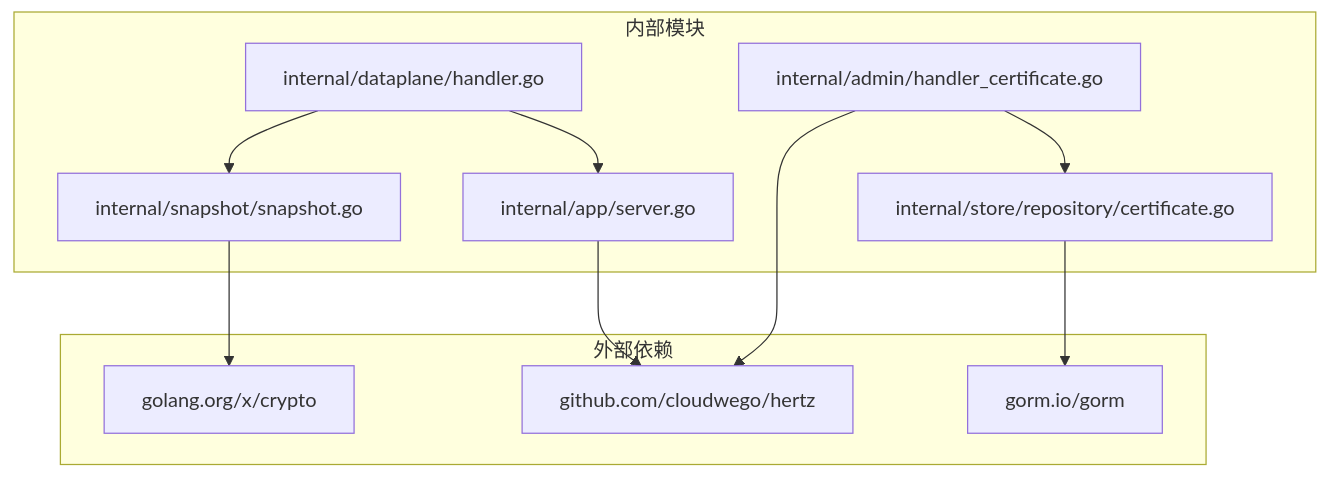
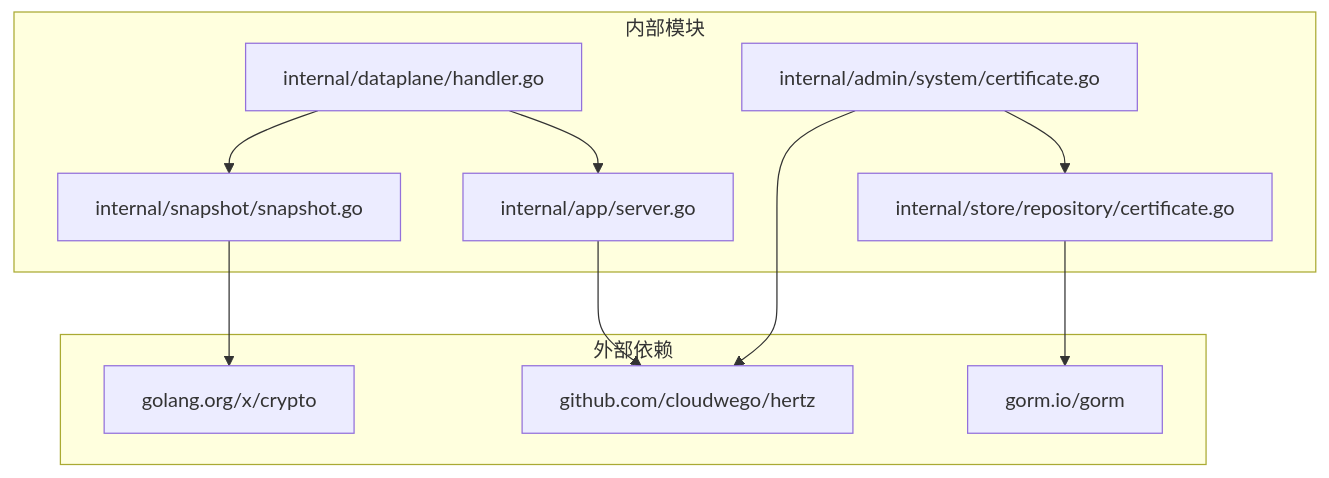
Before and after one commit to x01n/My-OpenWaf: the seventh of 8 diagrams in docs/数据平面处理/TLS 终止与证书管理.md, drawn with Mermaid. The commit also changed other lines of this file and 199 other files, not shown here.

````diff
--- a/docs/数据平面处理/TLS 终止与证书管理.md
+++ b/docs/数据平面处理/TLS 终止与证书管理.md
@@ -244,22 +233,22 @@
 ```mermaid
 graph TB
 subgraph "外部依赖"
 A[golang.org/x/crypto]
 B[github.com/cloudwego/hertz]
 C[gorm.io/gorm]
 end
 subgraph "内部模块"
 D[internal/app/server.go]
-E[internal/admin/handler_certificate.go]
+E[internal/admin/system/certificate.go]
 F[internal/store/repository/certificate.go]
 G[internal/snapshot/snapshot.go]
 H[internal/dataplane/handler.go]
 end
 D --> B
 E --> B
 E --> F
 F --> C
 G --> A
 H --> D
 H --> G
 ```
````
